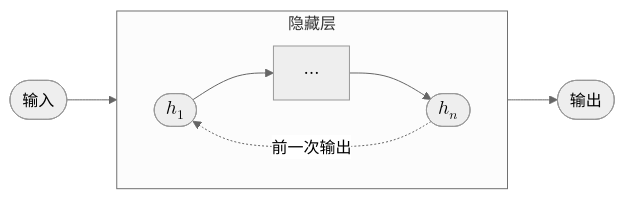
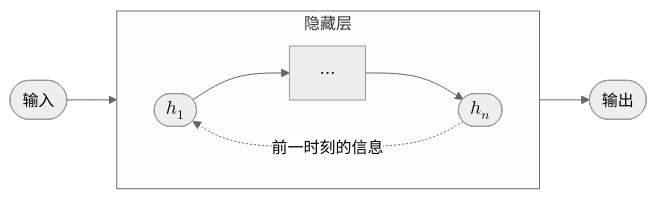
Before and after one commit to yangzhenzhuozz/ML: the second of 5 diagrams in docs/02-MachineLearning/09-RNN.md, drawn with Mermaid (neutral theme). The commit also changed other lines of this file and 1 other file, not shown here.

````diff
--- a/docs/02-MachineLearning/09-RNN.md
+++ b/docs/02-MachineLearning/09-RNN.md
@@ -13,17 +56,15 @@
 ```mermaid
-
 flowchart LR
     input(["输入"]) --> h1(["$$h_1$$"])
 
     subgraph hidden["隐藏层"]
         direction LR
         h1
         dots["⋯"]
         hn(["$$h_n$$"])
         h1 --> dots --> hn
     end
 
     hn --> output(["输出"])
-    hn -. "前一次输出" .-> h1
-
+    hn -. "前一时刻的信息" .-> h1
 ```
````
